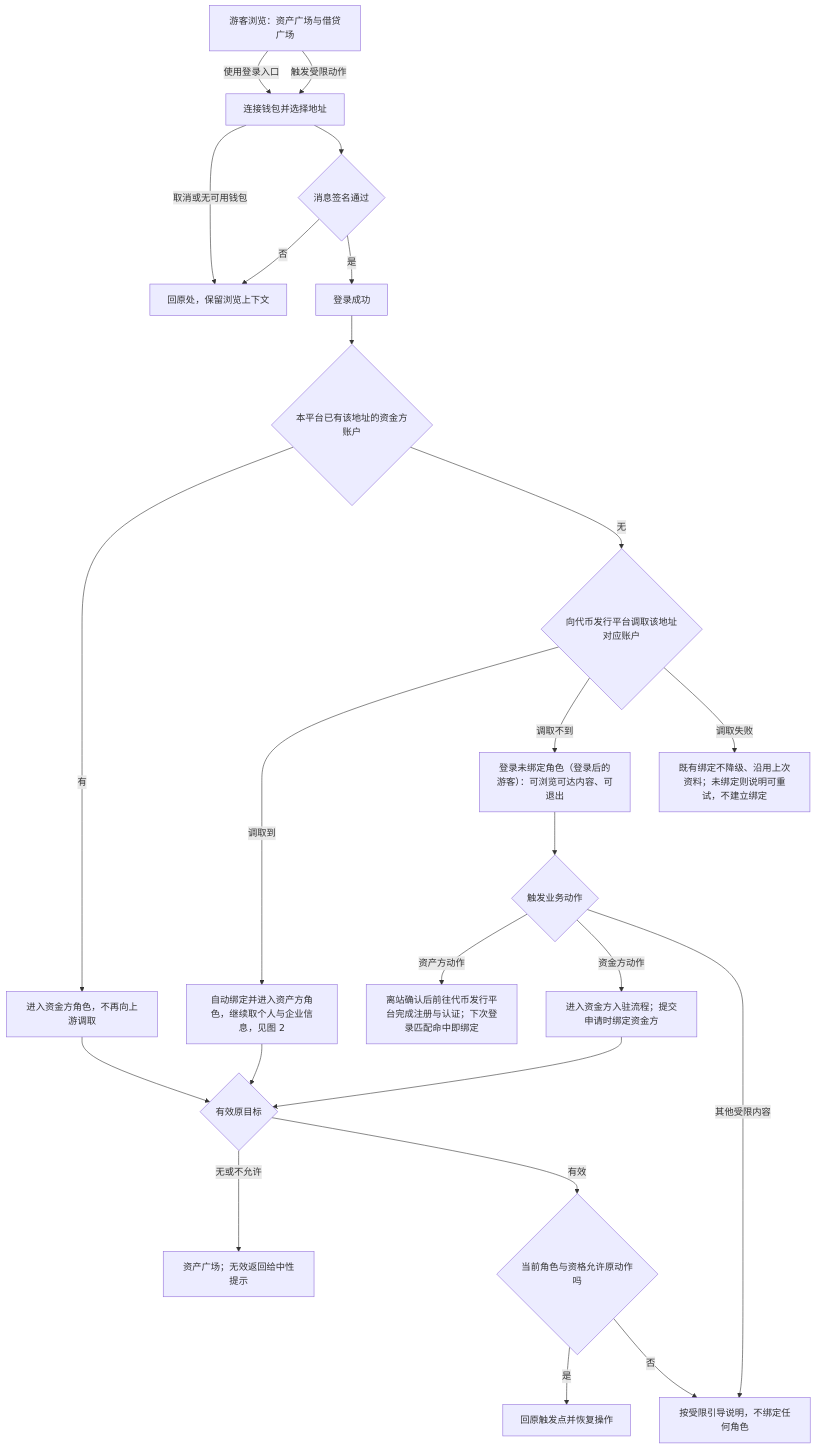
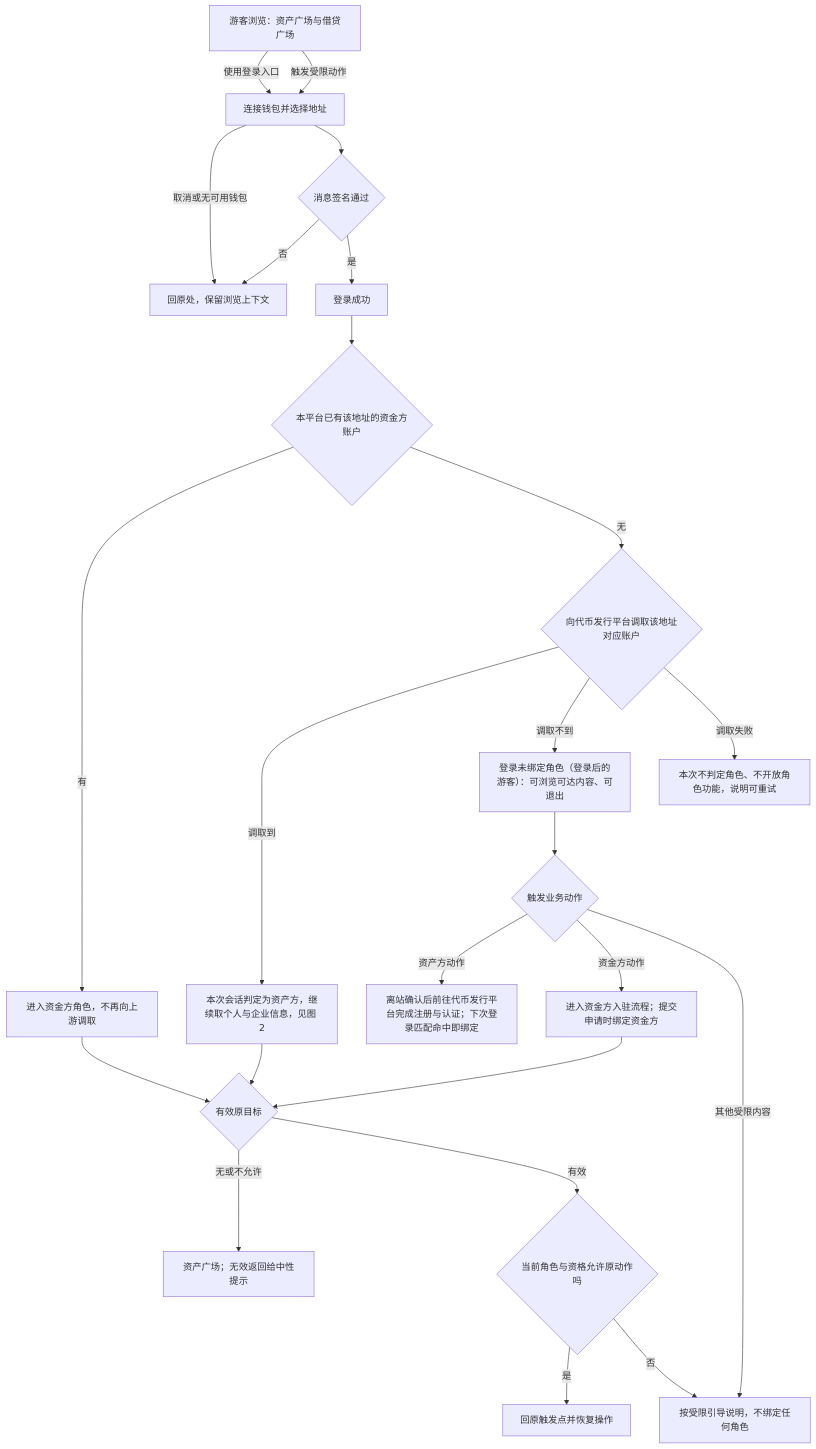
The first of 7 diagrams in lending-platform/PRD/v2.0-登录与账户体系/02-登录主干与资产方SSO接入-流程图与状态机.md (wxblockchain/Chain-Financing), drawn with Mermaid before and after one commit. The commit also changed other lines of this file and 4 other files, not shown here.

````diff
--- a/lending-platform/PRD/v2.0-登录与账户体系/02-登录主干与资产方SSO接入-流程图与状态机.md
+++ b/lending-platform/PRD/v2.0-登录与账户体系/02-登录主干与资产方SSO接入-流程图与状态机.md
@@ -10,26 +10,26 @@
 ```mermaid
 flowchart TD
     G["游客浏览：资产广场与借贷广场"] -->|使用登录入口| W["连接钱包并选择地址"]
     G -->|触发受限动作| W
     W -->|取消或无可用钱包| O["回原处，保留浏览上下文"]
     W --> S{"消息签名通过"}
     S -->|否| O
     S -->|是| IN["登录成功"]
     IN --> F{"本平台已有该地址的资金方账户"}
     F -->|有| FUNDER["进入资金方角色，不再向上游调取"]
     F -->|无| PULL{"向代币发行平台调取该地址对应账户"}
-    PULL -->|调取到| ASSET["自动绑定并进入资产方角色，继续取个人与企业信息，见图 2"]
+    PULL -->|调取到| ASSET["本次会话判定为资产方，继续取个人与企业信息，见图 2"]
     PULL -->|调取不到| NONE["登录未绑定角色（登录后的游客）：可浏览可达内容、可退出"]
-    PULL -->|调取失败| KEEP["既有绑定不降级、沿用上次资料；未绑定则说明可重试，不建立绑定"]
+    PULL -->|调取失败| KEEP["本次不判定角色、不开放角色功能，说明可重试"]
     NONE --> ACT{"触发业务动作"}
     ACT -->|资产方动作| UP["离站确认后前往代币发行平台完成注册与认证；下次登录匹配命中即绑定"]
     ACT -->|资金方动作| FUND["进入资金方入驻流程；提交申请时绑定资金方"]
     ACT -->|其他受限内容| GUIDE["按受限引导说明，不绑定任何角色"]
     ASSET --> NEXT{"有效原目标"}
     FUNDER --> NEXT
     FUND --> NEXT
     NEXT -->|无或不允许| PLAZA["资产广场；无效返回给中性提示"]
     NEXT -->|有效| Q{"当前角色与资格允许原动作吗"}
     Q -->|是| BACK["回原触发点并恢复操作"]
     Q -->|否| GUIDE
 ```
````
